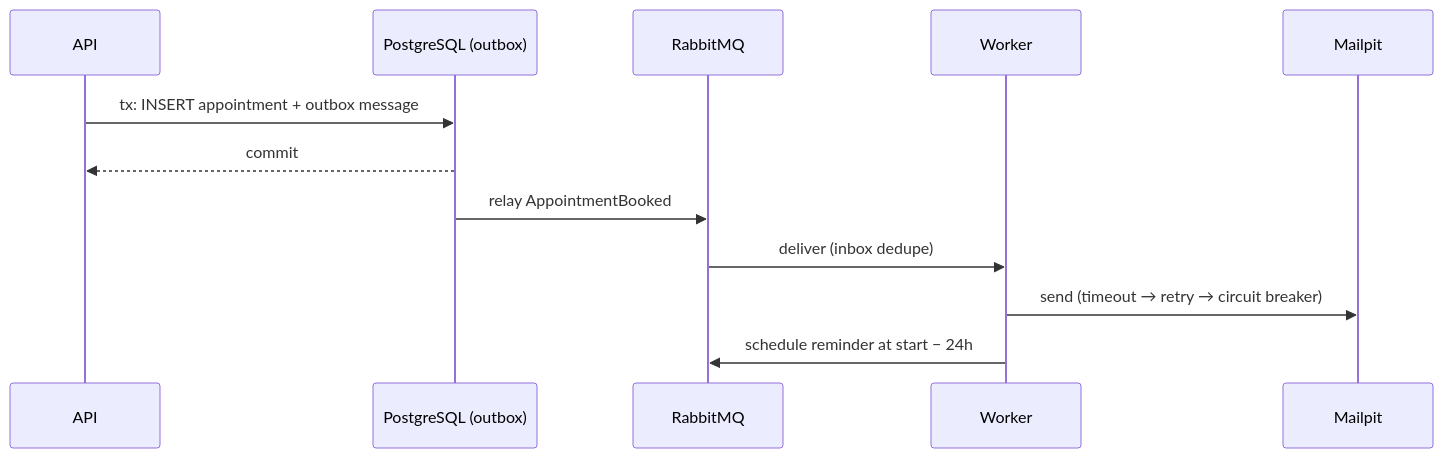
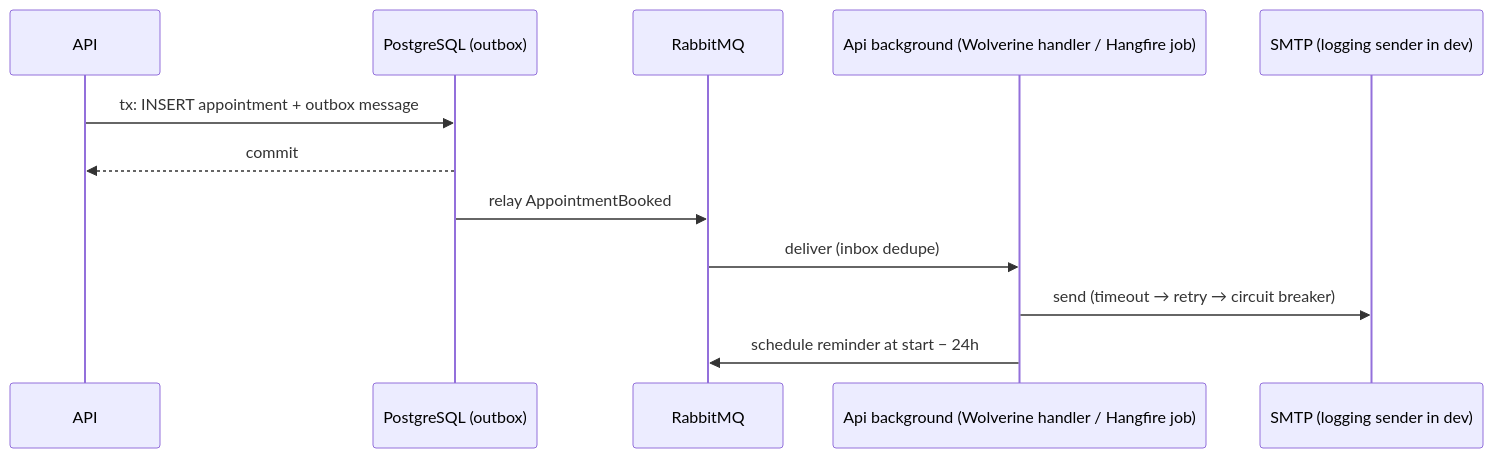
Before and after one commit to Mostafaa021/AppointmentScheduler: the sixth of 6 diagrams in docs/architecture.md, drawn with Mermaid. The commit also changed other lines of this file and 22 other files, not shown here.

First line of the commit message:
refactor: remove Worker project and Mailpit; Api is the single host

````diff
--- a/docs/architecture.md
+++ b/docs/architecture.md
@@ -92,14 +91,14 @@
 ```mermaid
 sequenceDiagram
   participant API
   participant DB as PostgreSQL (outbox)
   participant MQ as RabbitMQ
-  participant WK as Worker
-  participant SMTP as Mailpit
+  participant WK as Api background (Wolverine handler / Hangfire job)
+  participant SMTP as SMTP (logging sender in dev)
   API->>DB: tx: INSERT appointment + outbox message
   DB-->>API: commit
   DB->>MQ: relay AppointmentBooked
   MQ->>WK: deliver (inbox dedupe)
   WK->>SMTP: send (timeout → retry → circuit breaker)
   WK->>MQ: schedule reminder at start − 24h
 ```
````
